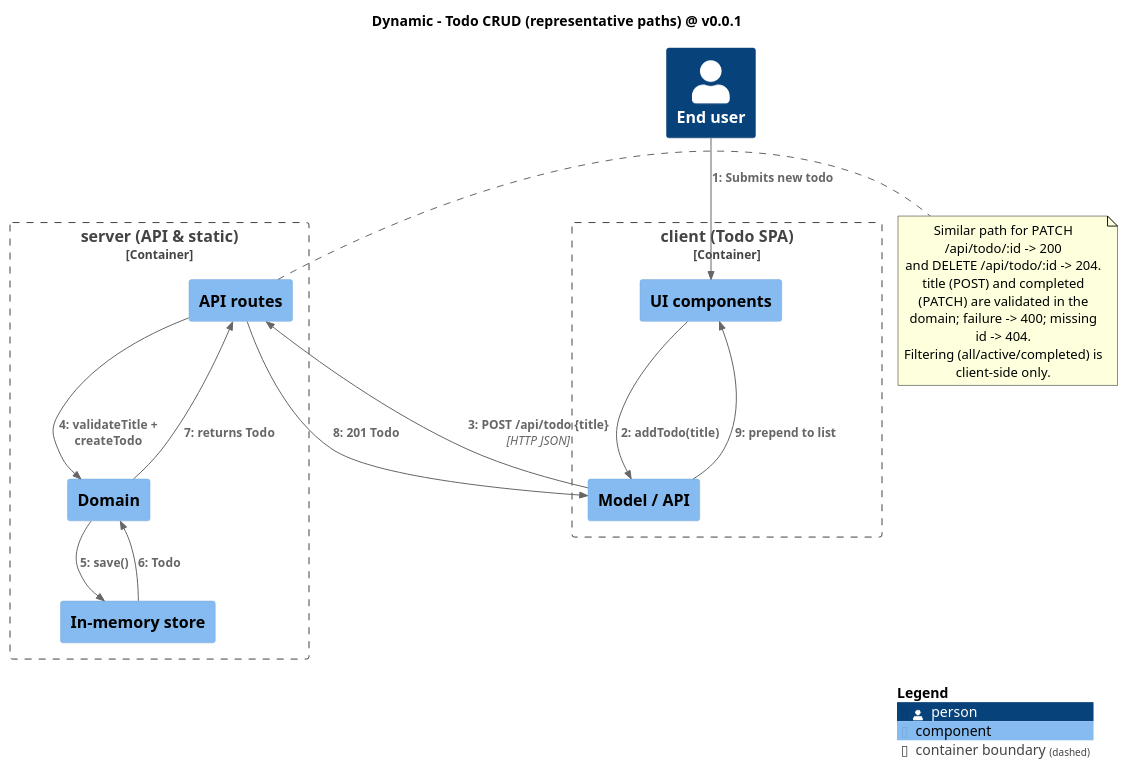
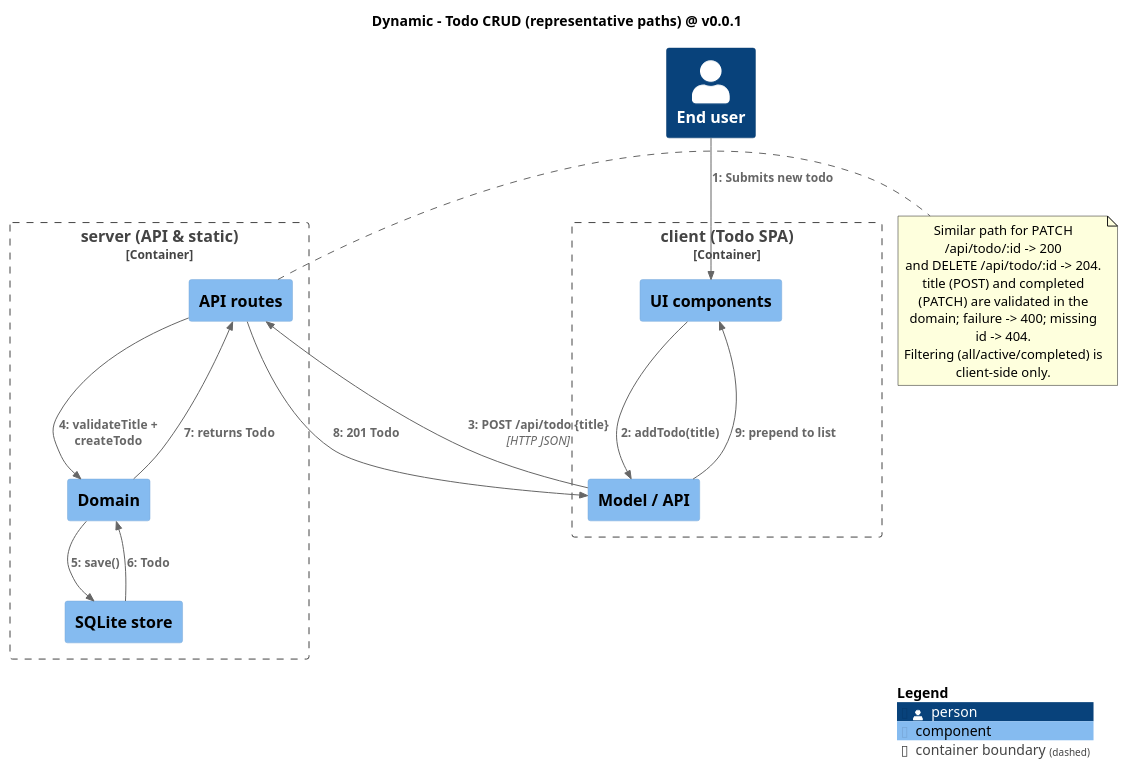
The diagram in docs/architecture/diagrams/05b-dynamic-todo-crud.puml (MemoryIt/todo), drawn with PlantUML before and after one commit. The commit also changed 8 other files, not shown here.

First line of the commit message:
docs: describe SQLite persistence in READMEs and C4 diagrams

```diff
--- a/docs/architecture/diagrams/05b-dynamic-todo-crud.puml
+++ b/docs/architecture/diagrams/05b-dynamic-todo-crud.puml
@@ -1,36 +1,36 @@
 @startuml
 !include <C4/C4_Dynamic>
 title Dynamic - Todo CRUD (representative paths) @ v0.0.1
 
 Person(user, "End user")
 
 Container_Boundary(c, "client (Todo SPA)") {
   Component(ui, "UI components")
   Component(model, "Model / API")
 }
 
 Container_Boundary(s, "server (API & static)") {
   Component(api, "API routes")
   Component(domain, "Domain")
-  Component(store, "In-memory store")
+  Component(store, "SQLite store")
 }
 
 Rel(user, ui, "Submits new todo")
 Rel(ui, model, "addTodo(title)")
 Rel(model, api, "POST /api/todo {title}", "HTTP JSON")
 Rel(api, domain, "validateTitle + createTodo")
 Rel(domain, store, "save()")
 Rel(store, domain, "Todo")
 Rel(domain, api, "returns Todo")
 Rel(api, model, "201 Todo")
 Rel(model, ui, "prepend to list")
 
 note right of api
   Similar path for PATCH /api/todo/:id -> 200
   and DELETE /api/todo/:id -> 204.
   title (POST) and completed (PATCH) are validated in the domain; failure -> 400; missing id -> 404.
   Filtering (all/active/completed) is client-side only.
 end note
 
 SHOW_LEGEND()
 @enduml
```
